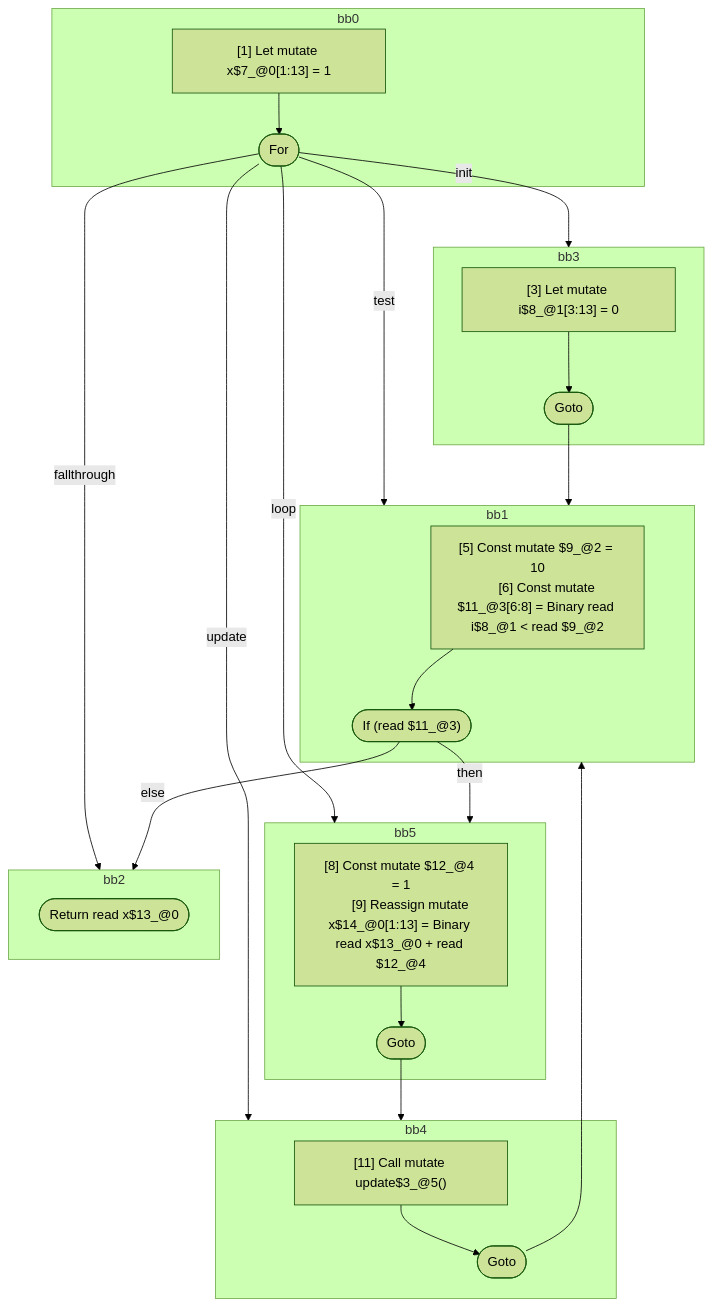
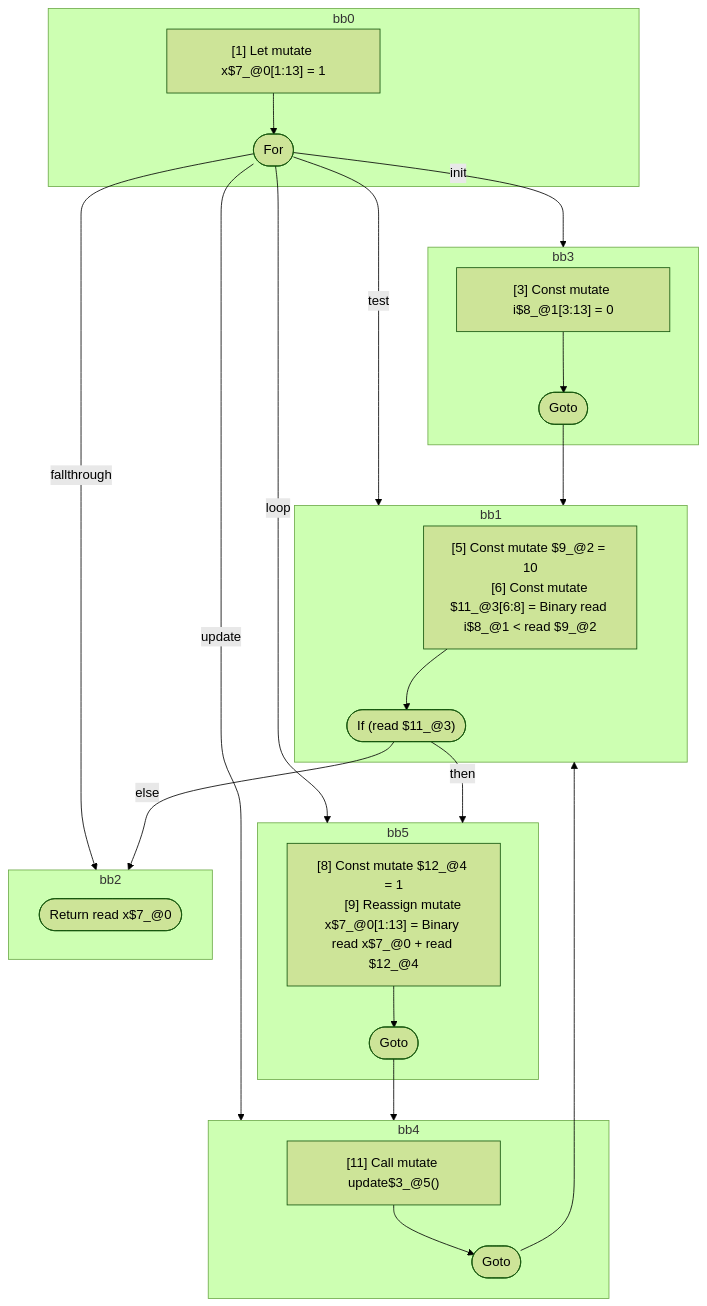
One commit to wutsmog/private changed the diagram in compiler/forget/src/__tests__/fixtures/hir/ssa-for.expect.md. Above: the diagram before and after it, drawn with Mermaid (forest theme). The commit also changed other lines of this file and 61 other files, not shown here.

````diff
--- a/compiler/forget/src/__tests__/fixtures/hir/ssa-for.expect.md
+++ b/compiler/forget/src/__tests__/fixtures/hir/ssa-for.expect.md
@@ -49,52 +48,52 @@
 ```mermaid
 flowchart TB
   %% Basic Blocks
   subgraph bb0
     bb0_instrs["
       [1] Let mutate x$7_@0[1:13] = 1
     "]
     bb0_instrs --> bb0_terminal(["For"])
   end
   subgraph bb3
     bb3_instrs["
-      [3] Let mutate i$8_@1[3:13] = 0
+      [3] Const mutate i$8_@1[3:13] = 0
     "]
     bb3_instrs --> bb3_terminal(["Goto"])
   end
   subgraph bb1
     bb1_instrs["
       [5] Const mutate $9_@2 = 10
       [6] Const mutate $11_@3[6:8] = Binary read i$8_@1 < read $9_@2
     "]
     bb1_instrs --> bb1_terminal(["If (read $11_@3)"])
   end
   subgraph bb5
     bb5_instrs["
       [8] Const mutate $12_@4 = 1
-      [9] Reassign mutate x$14_@0[1:13] = Binary read x$13_@0 + read $12_@4
+      [9] Reassign mutate x$7_@0[1:13] = Binary read x$7_@0 + read $12_@4
     "]
     bb5_instrs --> bb5_terminal(["Goto"])
   end
   subgraph bb4
     bb4_instrs["
       [11] Call mutate update$3_@5()
     "]
     bb4_instrs --> bb4_terminal(["Goto"])
   end
   subgraph bb2
-    bb2_terminal(["Return read x$13_@0"])
+    bb2_terminal(["Return read x$7_@0"])
   end
 
   %% Jumps
   bb0_terminal -- "init" --> bb3
   bb0_terminal -- "test" --> bb1
   bb0_terminal -- "update" --> bb4
   bb0_terminal -- "loop" --> bb5
   bb0_terminal -- "fallthrough" --> bb2
   bb3_terminal --> bb1
   bb1_terminal -- "then" --> bb5
   bb1_terminal -- "else" --> bb2
   bb5_terminal --> bb4
   bb4_terminal --> bb1
 
 ```
````
